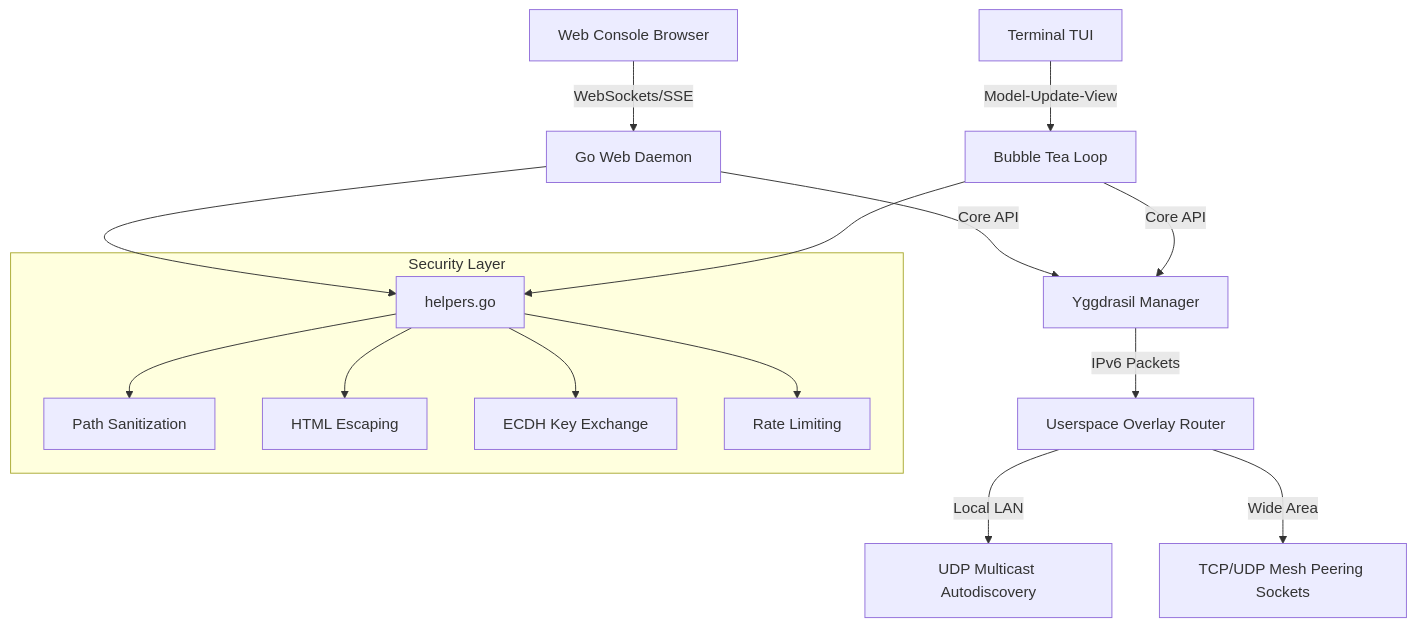
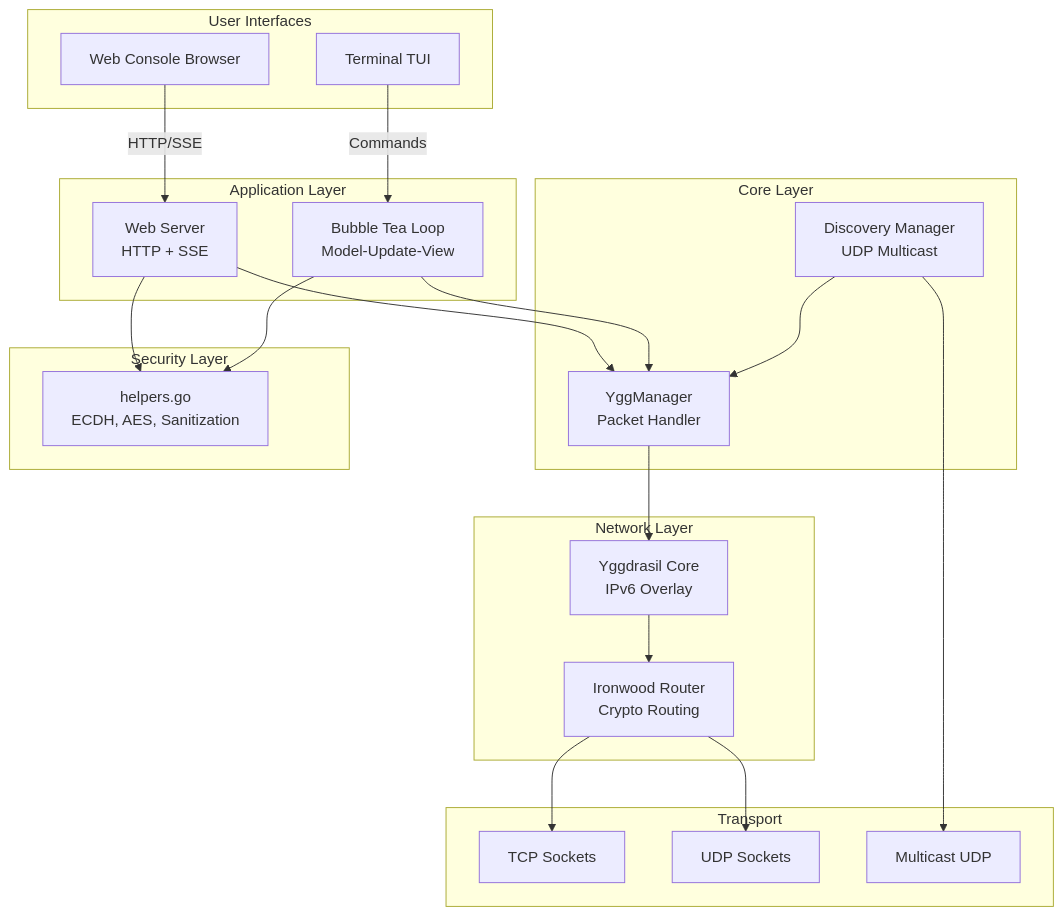
Before and after one commit to amafjarkasi/yggchat: the diagram in README.md, drawn with Mermaid. The commit also changed other lines of this file, not shown here.

````diff
--- a/README.md
+++ b/README.md
@@ -55,21 +200,45 @@
 ```mermaid
-graph TD
-    A[Web Console Browser] -- WebSockets/SSE --> B[Go Web Daemon]
-    C[Terminal TUI] -- Model-Update-View --> D[Bubble Tea Loop]
-    B -- Core API --> E[Yggdrasil Manager]
-    D -- Core API --> E
-    E -- IPv6 Packets --> F[Userspace Overlay Router]
-    F -- Local LAN --> G[UDP Multicast Autodiscovery]
-    F -- Wide Area --> H[TCP/UDP Mesh Peering Sockets]
+graph TB
+    subgraph "User Interfaces"
+        WEB[Web Console Browser]
+        TUI[Terminal TUI]
+    end
+    
+    subgraph "Application Layer"
+        WS[Web Server<br/>HTTP + SSE]
+        BT[Bubble Tea Loop<br/>Model-Update-View]
+    end
+    
+    subgraph "Core Layer"
+        YM[YggManager<br/>Packet Handler]
+        DM[Discovery Manager<br/>UDP Multicast]
+    end
     
     subgraph "Security Layer"
-        I[helpers.go]
-        I --> J[Path Sanitization]
-        I --> K[HTML Escaping]
-        I --> L[ECDH Key Exchange]
-        I --> M[Rate Limiting]
+        HELP[helpers.go<br/>ECDH, AES, Sanitization]
     end
     
-    B --> I
-    D --> I
+    subgraph "Network Layer"
+        YC[Yggdrasil Core<br/>IPv6 Overlay]
+        IR[Ironwood Router<br/>Crypto Routing]
+    end
+    
+    subgraph "Transport"
+        TCP[TCP Sockets]
+        UDP[UDP Sockets]
+        MC[Multicast UDP]
+    end
+    
+    WEB -->|HTTP/SSE| WS
+    TUI -->|Commands| BT
+    WS --> YM
+    BT --> YM
+    WS --> HELP
+    BT --> HELP
+    YM --> YC
+    DM --> MC
+    YC --> IR
+    IR --> TCP
+    IR --> UDP
+    DM --> YM
 ```
````
